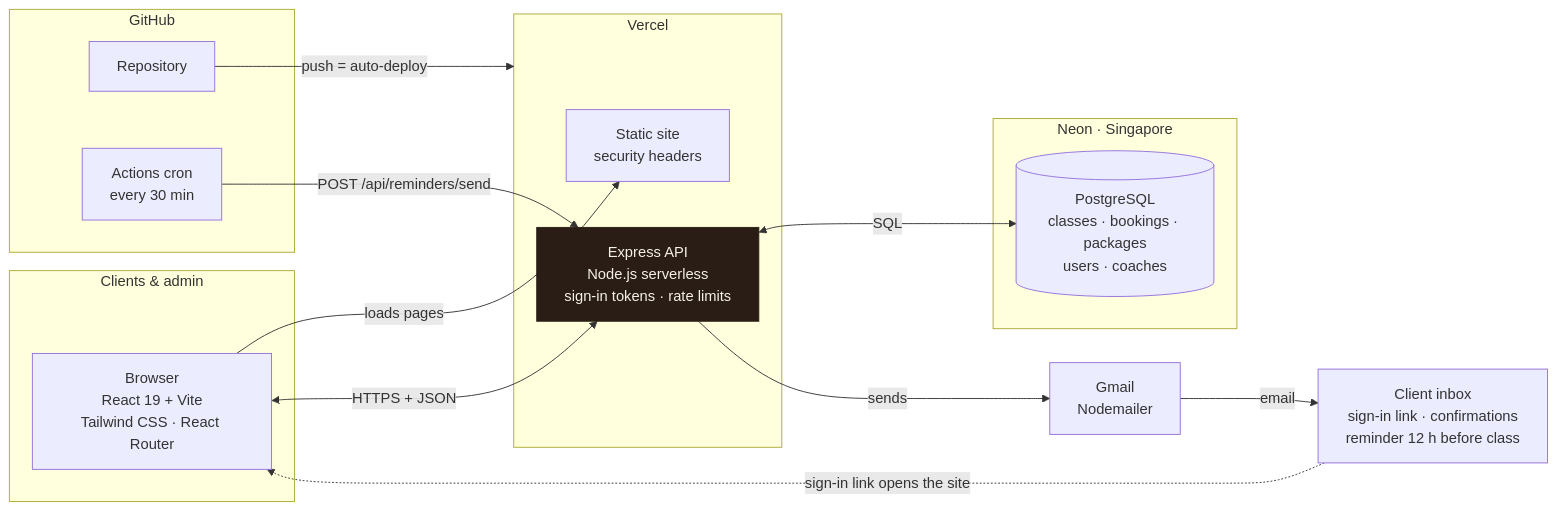
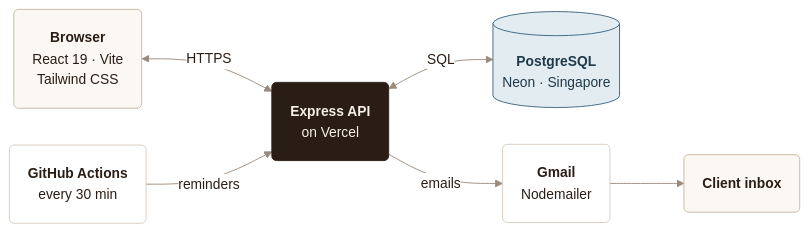
Before and after one commit to ciellamher/revive-pilates-studio: the first of 2 diagrams in docs/07-architecture.md, drawn with Mermaid. The commit also changed other lines of this file, not shown here.

Commit message:
docs: cleaner, brand-coloured flowcharts

````diff
--- a/docs/07-architecture.md
+++ b/docs/07-architecture.md
@@ -11,35 +11,25 @@
 ```mermaid
+%%{init: {"theme": "base", "themeVariables": {"fontFamily": "-apple-system, Segoe UI, Helvetica, Arial, sans-serif", "fontSize": "15px", "primaryColor": "#FBF8F3", "primaryBorderColor": "#E4D9CA", "primaryTextColor": "#2A1D15", "lineColor": "#9C8B7C", "edgeLabelBackground": "#FFFFFF"}, "flowchart": {"curve": "basis", "nodeSpacing": 40, "rankSpacing": 70, "padding": 20}}}%%
 flowchart LR
-    subgraph Users["Clients & admin"]
-        B["Browser<br/>React 19 + Vite<br/>Tailwind CSS · React Router"]
-    end
+    B("<b>Browser</b><br/>React 19 · Vite<br/>Tailwind CSS")
+    A("<b>Express API</b><br/>on Vercel")
+    D[("<b>PostgreSQL</b><br/>Neon · Singapore")]
+    C("<b>GitHub Actions</b><br/>every 30 min")
+    G("<b>Gmail</b><br/>Nodemailer")
+    I("<b>Client inbox</b>")
 
-    subgraph Vercel["Vercel"]
-        S["Static site<br/>security headers"]
-        A["Express API<br/>Node.js serverless<br/>sign-in tokens · rate limits"]
-    end
+    B <-->|HTTPS| A
+    A <-->|SQL| D
+    C -->|reminders| A
+    A -->|emails| G
+    G --> I
 
-    subgraph Neon["Neon · Singapore"]
-        D[("PostgreSQL<br/>classes · bookings · packages<br/>users · coaches")]
-    end
-
-    subgraph GitHub["GitHub"]
-        R["Repository"]
-        C["Actions cron<br/>every 30 min"]
-    end
-
-    G["Gmail<br/>Nodemailer"]
-    I["Client inbox<br/>sign-in link · confirmations<br/>reminder 12 h before class"]
-
-    B -- "loads pages" --> S
-    B <-->|"HTTPS + JSON"| A
-    A <-->|"SQL"| D
-    A -- "sends" --> G
-    G -- "email" --> I
-    I -. "sign-in link opens the site" .-> B
-    R -- "push = auto-deploy" --> Vercel
-    C -- "POST /api/reminders/send" --> A
-
-    classDef hub fill:#2A1D15,color:#F5F0E8,stroke:#2A1D15
+    classDef client fill:#FBF8F3,stroke:#C9B8A3,color:#2A1D15
+    classDef hub fill:#2A1D15,stroke:#2A1D15,color:#F5F0E8
+    classDef data fill:#E3ECF1,stroke:#3B657F,color:#1F3A4A
+    classDef ext fill:#FFFFFF,stroke:#D8CCBF,color:#2A1D15
+    class B,I client
     class A hub
+    class D data
+    class C,G ext
 ```
````
